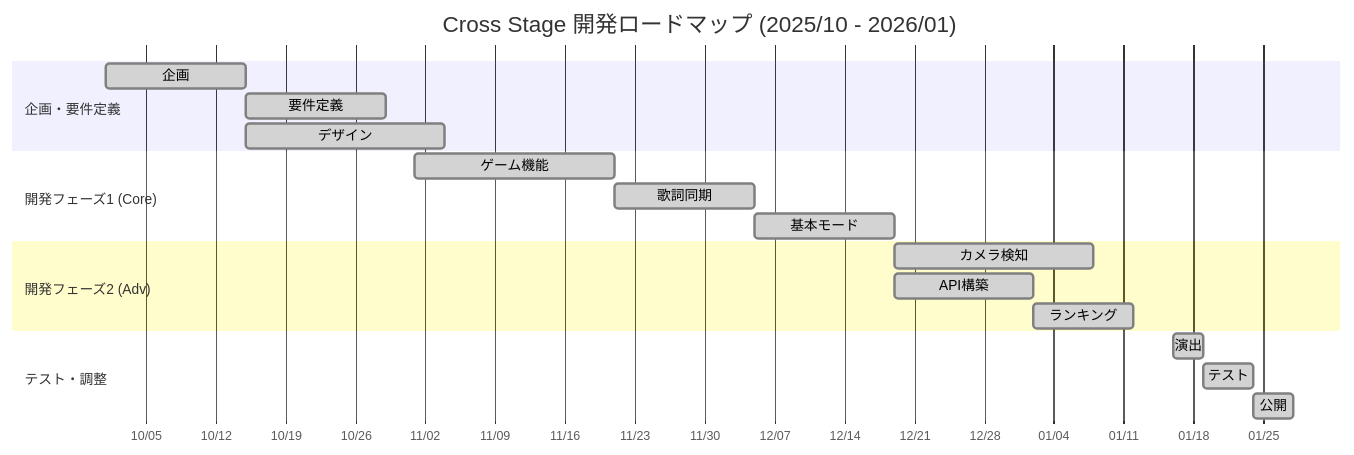
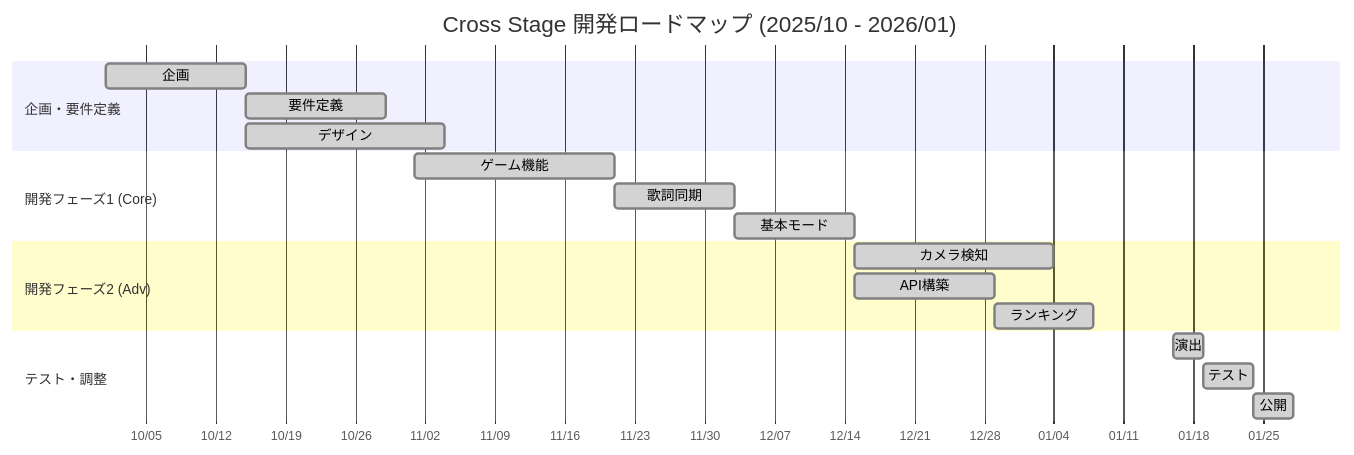
The sixth of 9 diagrams in README.md (syusyusyusyu/star), drawn with Mermaid before and after one commit.

Commit message:
fix: 歌詞同期と基本モードの開発期間を短縮

````diff
--- a/README.md
+++ b/README.md
@@ -193,26 +193,26 @@
 ```mermaid
 gantt
     title Cross Stage 開発ロードマップ (2025/10 - 2026/01)
     dateFormat  YYYY-MM-DD
     axisFormat %m/%d
     
     section 企画・要件定義
     企画               :done, a1, 2025-10-01, 14d
     要件定義           :done, a2, after a1, 14d
     デザイン           :done, a3, after a1, 20d
     
     section 開発フェーズ1 (Core)
     ゲーム機能       :done, b1, 2025-11-01, 20d
-    歌詞同期           :done, b2, after b1, 14d
-    基本モード         :done, b3, after b2, 14d
+    歌詞同期           :done, b2, after b1, 12d
+    基本モード         :done, b3, after b2, 12d
     
     section 開発フェーズ2 (Adv)
     カメラ検知         :done, c1, after b3, 20d
     API構築            :done, c2, after b3, 14d
     ランキング         :done, c3, after c2, 10d
     
     section テスト・調整
     演出               :done, d1, 2026-01-16, 3d
     テスト             :done, d2, after d1, 5d
     公開               :done, d3, after d2, 4d
 ```
````
